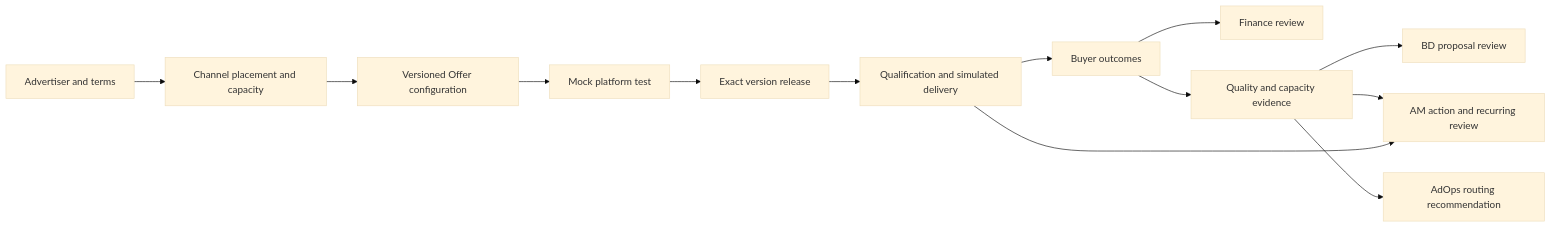
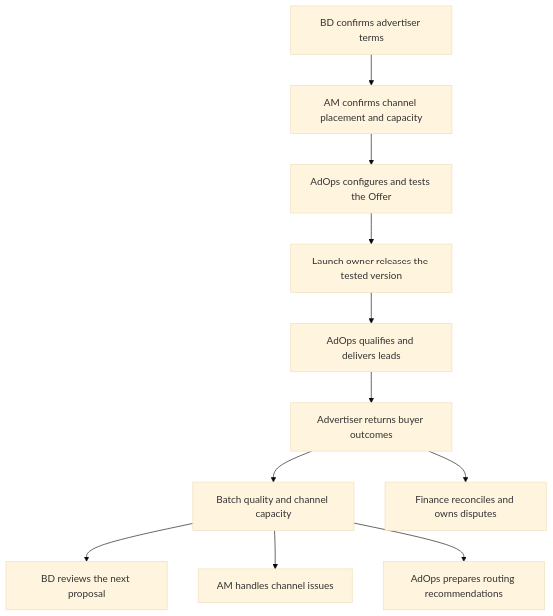
The first of 3 diagrams in architecture.md (ShenghangWang/Everflow-Affiliate-Network-Automation), drawn with Mermaid (base theme) before and after one commit. The commit also changed other lines of this file, not shown here.

Commit message:
Present the Offer architecture at three levels

````diff
--- a/architecture.md
+++ b/architecture.md
@@ -5,15 +9,13 @@
 ```mermaid
-flowchart LR
-    A[Advertiser and terms] --> C[Channel placement and capacity]
-    C --> V[Versioned Offer configuration]
-    V --> T[Mock platform test]
-    T --> R[Exact version release]
-    R --> D[Qualification and simulated delivery]
-    D --> B[Buyer outcomes]
-    B --> F[Finance review]
-    B --> Q[Quality and capacity evidence]
-    Q --> BD[BD proposal review]
-    Q --> AM[AM action and recurring review]
-    D --> AM
-    Q --> O[AdOps routing recommendation]
+flowchart TD
+    B["BD confirms advertiser terms"] --> A["AM confirms channel placement and capacity"]
+    A --> O["AdOps configures and tests the Offer"]
+    O --> R["Launch owner releases the tested version"]
+    R --> D["AdOps qualifies and delivers leads"]
+    D --> Y["Advertiser returns buyer outcomes"]
+    Y --> Q["Batch quality and channel capacity"]
+    Q --> P["BD reviews the next proposal"]
+    Q --> M["AM handles channel issues"]
+    Q --> U["AdOps prepares routing recommendations"]
+    Y --> F["Finance reconciles and owns disputes"]
 ```
````
